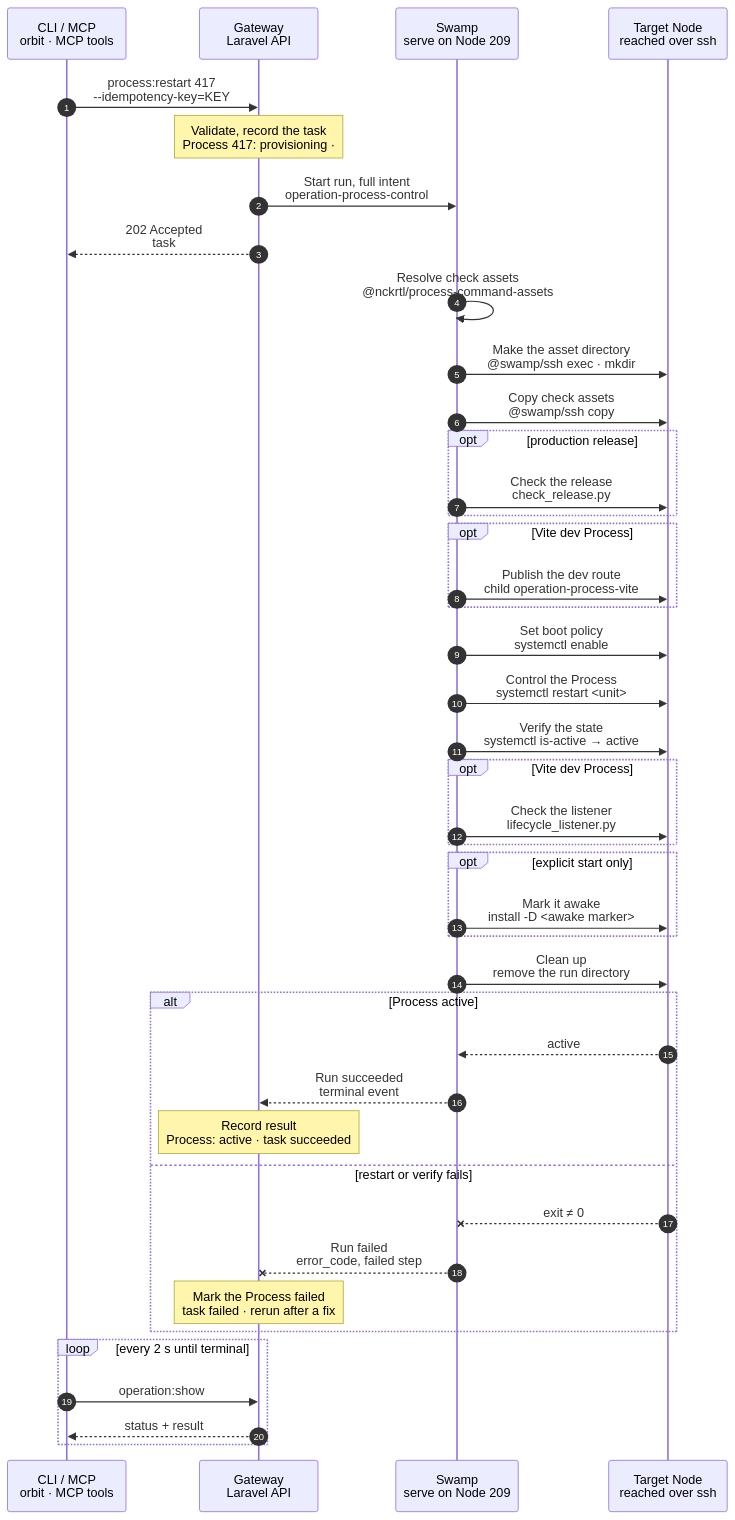
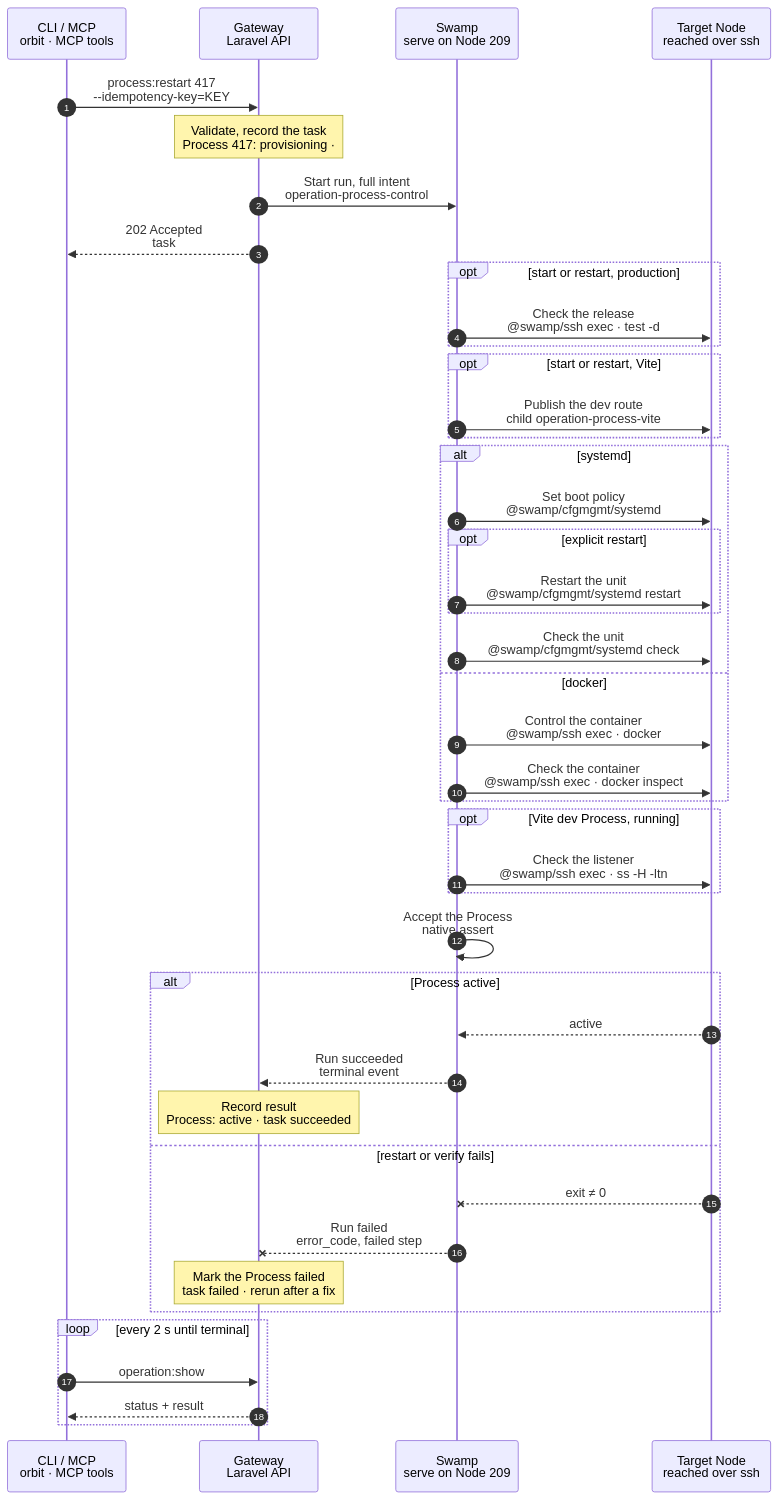
Before and after one commit to hardimpactdev/orbit: the diagram in docs/flows/process.restart.mmd, drawn with Mermaid. The commit also changed 71 other files, not shown here.

Commit message:
refactor(process): use cfgmgmt and SSH argv for rule 22

```diff
--- a/docs/flows/process.restart.mmd
+++ b/docs/flows/process.restart.mmd
@@ -1,134 +1,114 @@
 sequenceDiagram
   %% Target design: ADR 0244 task, DECISIONS 4 + R1-R4 (process.stop shape: 209, @swamp/ssh, full intent as inputs).
   %% status: draft
   %% command: process:restart
   autonumber
   %% lane CLI icon=terminal pill=caller tone=gray
   %% lane GW icon=gateway pill=intent tone=blue
   %% lane SW icon=workflow pill=executes tone=green
   %% lane N icon=server pill=target tone=amber
   participant CLI as CLI / MCP<br/>orbit · MCP tools
   participant GW as Gateway<br/>Laravel API
   participant SW as Swamp<br/>serve on Node 209
   participant N as Target Node<br/>reached over ssh
   CLI->>GW: process:restart 417<br/>--idempotency-key=KEY
   %%> Command:
   %%> - `orbit process:restart 417`
   %%> - syntax: `process:restart <process> [--idempotency-key=KEY] [--json]`
   %%> Input:
   %%> - the numeric Process ID from `process:list`
   %%> Who can call it:
   %%> - the `orbit` CLI and the MCP tool send the same request
   Note over GW: Validate, record the task<br/>Process 417: provisioning · #5130
   %%> Requirements:
   %%> - your Node has an access grant to the Node that runs Process 417
   %%> - Process 417 exists and is not being removed
   %%> - the Process can start: it is installed on its Node
   %%> Result:
   %%> - task #5130 recorded with the full intent: unit or container name, runtime, on-demand flag, Vite plan
   %%> - Process 417 marked provisioning; its desired state does not change yet
   %%> - nothing has happened on the Node yet
   GW->>SW: Start run, full intent<br/>operation-process-control
   %%> What it does:
   %%> - starts one Swamp run on serve (Node 209); every step runs there
   %%> Inputs:
   %%> - `kind`: process.restart
   %%> - the Process unit or container name, runtime and on-demand flag
   %%> - the Node's address and SSH host keys; the SSH identity comes from the `swamp` role
   %%> - for a production Instance, its release directory
   %%> - for a Vite dev Process, the Vite plan and the Caddy publication for its Route
   GW-->>CLI: 202 Accepted<br/>task #5130
   %%> What you get:
   %%> - the task number, at once
   %%> Next:
   %%> - the CLI follows the task with `operation:show`
-  SW->>SW: Resolve check assets<br/>@nckrtl/process-command-assets
-  %%> What it does:
-  %%> - validates the intent and finds the shipped Process scripts on Node 209
-  %%> Why:
-  %%> - the scripts check ownership: they act only on the unit or container marked with Process 417
-  SW->>N: Make the asset directory<br/>@swamp/ssh exec · mkdir
-  %%> What it does:
-  %%> - makes a private directory for this run on the Node, under `/tmp`
-  SW->>N: Copy check assets<br/>@swamp/ssh copy
-  %%> What it does:
-  %%> - copies the shipped scripts into that directory
-  %%> How:
-  %%> - Swamp reaches the Node over SSH from 209 with the official `@swamp/ssh` behavior, the `swamp` role SSH identity and the Node's pinned host keys
-  opt production release
-    SW->>N: Check the release<br/>check_release.py
+  opt start or restart, production
+    SW->>N: Check the release<br/>@swamp/ssh exec · test -d
     %%> What it does:
-    %%> - checks that the admitted release directory exists
-    %%> On failure:
-    %%> - `process.release_unavailable`; nothing else runs
+    %%> - checks the admitted release directory before starting
   end
-  opt Vite dev Process
+  opt start or restart, Vite
     SW->>N: Publish the dev route<br/>child operation-process-vite
     %%> What it does:
-    %%> - suspends traffic to the Instance, writes its Vite environment file and publishes Caddy for its Route
-    %%> Shared:
-    %%> - `process:create` runs the same child
+    %%> - prepares the Vite environment and publishes the Route
   end
-  SW->>N: Set boot policy<br/>systemctl enable
+  alt systemd
+    SW->>N: Set boot policy<br/>@swamp/cfgmgmt/systemd
+    %%> What it does:
+    %%> - converges boot policy; on-demand Processes stay disabled
+    opt explicit restart
+      SW->>N: Restart the unit<br/>@swamp/cfgmgmt/systemd restart
+      %%> What it does:
+      %%> - restarts the unit once
+    end
+    SW->>N: Check the unit<br/>@swamp/cfgmgmt/systemd check
+    %%> Result:
+    %%> - records the running and boot state for the native end check
+  else docker
+    SW->>N: Control the container<br/>@swamp/ssh exec · docker
+    %%> What it does:
+    %%> - starts, stops or restarts the admitted container once
+    SW->>N: Check the container<br/>@swamp/ssh exec · docker inspect
+    %%> Result:
+    %%> - records the container state for the native end check
+  end
+  opt Vite dev Process, running
+    SW->>N: Check the listener<br/>@swamp/ssh exec · ss -H -ltn
+    %%> Result:
+    %%> - requires a listener before marking the Instance awake; no ownership check
+  end
+  SW->>SW: Accept the Process<br/>native assert
   %%> What it does:
-  %%> - enables the systemd unit, so it starts at boot
-  %%> Skipped:
-  %%> - for an on-demand Process, which starts on its first request
-  %%> - for Docker, which keeps its own restart policy
-  SW->>N: Control the Process<br/>systemctl restart <unit>
-  %%> What it does:
-  %%> - one `restart` of the exact unit, or `docker container restart` for Docker
-  %%> Requirements:
-  %%> - the unit or container belongs to Process 417; a foreign one is refused (`process.name_collision`)
-  SW->>N: Verify the state<br/>systemctl is-active → active
-  %%> What it does:
-  %%> - checks once that the Process is running
-  %%> Result:
-  %%> - this step's output is the projected result: `ready` and the observed state
-  opt Vite dev Process
-    SW->>N: Check the listener<br/>lifecycle_listener.py
-    %%> What it does:
-    %%> - checks once that the Vite port listener belongs to this Process
-  end
-  opt explicit start only
-    SW->>N: Mark it awake<br/>install -D <awake marker>
-    %%> Skipped for restart:
-    %%> - a restart keeps the hibernation wake policy; only `process:start` marks the Instance awake
-  end
-  SW->>N: Clean up<br/>remove the run directory
-  %%> What it does:
-  %%> - removes the run directory after a successful run
-  %%> On failure:
-  %%> - the directory stays, so a resumed run can reuse the scripts
+  %%> - accepts only the expected runtime and boot state
   alt Process active
     N-->>SW: active
     %%> Returns:
     %%> - the Process is active
     SW-->>GW: Run succeeded<br/>terminal event
     %%> How the Gateway learns it:
     %%> - its shared run reader sees the terminal event and reads the result step once; Swamp never calls the Gateway
     Note over GW: Record result<br/>Process: active · task succeeded
     %%> Result:
     %%> - Process 417 desired state becomes running; its status becomes active
     %%> - task #5130 succeeds with the observed state
   else restart or verify fails
     N--xSW: exit ≠ 0
     %%> When:
-    %%> - SSH fails, the unit is missing or foreign, or the state does not match
+    %%> - SSH fails, the unit is missing, or the state does not match
     SW--xGW: Run failed<br/>error_code, failed step
     %%> The Gateway reads:
     %%> - which step failed and its error code
     Note over GW: Mark the Process failed<br/>task failed · rerun after a fix
     %%> Result:
     %%> - Process 417 is marked failed with the error code; its desired state does not change
     %%> - task #5130 fails
     %%> - there is no rollback; run the same command again after fixing the cause
   end
   loop every 2 s until terminal
     CLI->>GW: operation:show #5130
     %%> What it does:
     %%> - asks for the task status every 2 seconds until it has ended
     GW-->>CLI: status + result
     %%> Returns:
     %%> - the current status, and the result once the task has ended
   end
```
